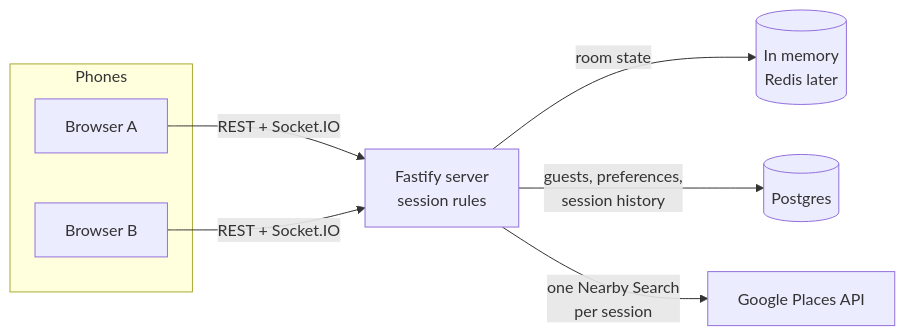
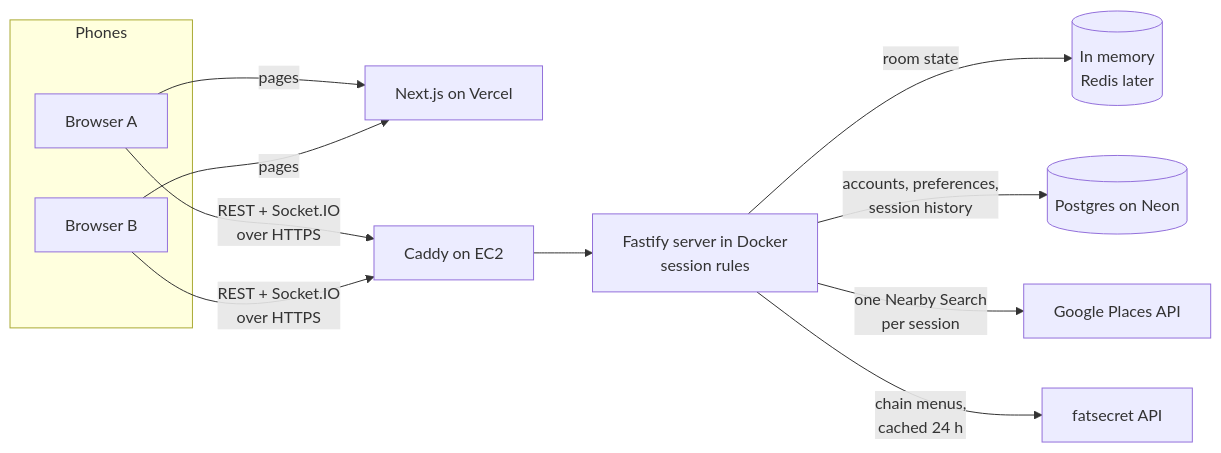
One commit to sweksha-cloud/arbiter changed the diagram in README.md. Above: the diagram before and after it, drawn with Mermaid. The commit also changed other lines of this file, not shown here.

````diff
--- a/README.md
+++ b/README.md
@@ -21,11 +31,14 @@
 ```mermaid
 flowchart LR
   subgraph Phones
     A[Browser A]
     B[Browser B]
   end
-  A & B -- REST + Socket.IO --> S[Fastify server<br/>session rules]
+  A & B -- pages --> V[Next.js on Vercel]
+  A & B -- REST + Socket.IO<br/>over HTTPS --> C[Caddy on EC2]
+  C --> S[Fastify server in Docker<br/>session rules]
   S -- room state --> R[(In memory<br/>Redis later)]
-  S -- guests, preferences,<br/>session history --> P[(Postgres)]
+  S -- accounts, preferences,<br/>session history --> P[(Postgres on Neon)]
   S -- one Nearby Search<br/>per session --> G[Google Places API]
+  S -- chain menus,<br/>cached 24 h --> F[fatsecret API]
 ```
````
